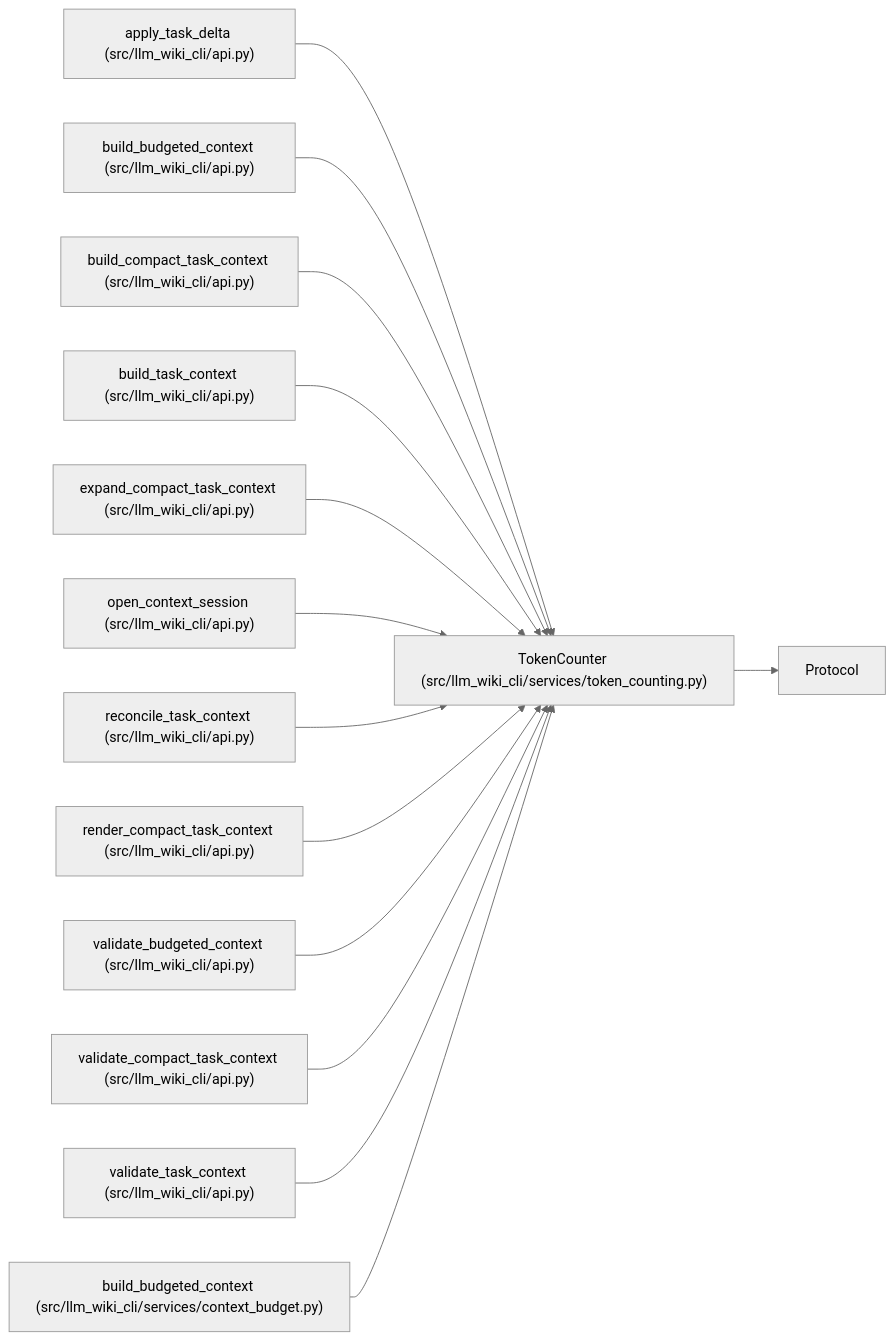
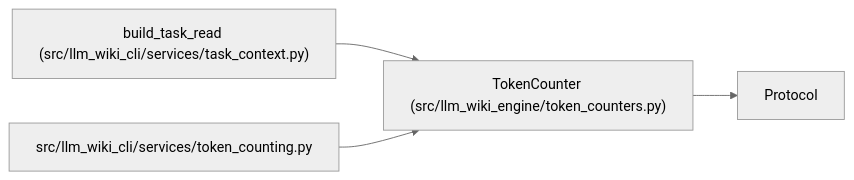
One commit to Denissvgn/python-wiki-llm changed the diagram in docs/llm_wiki/entities/TokenCounter.md. Above: the diagram before and after it, drawn with Mermaid (neutral theme). The commit also changed other lines of this file and 482 other files, not shown here.

Commit message:
docs: refresh the wiki for the engine token counters

````diff
--- a/docs/llm_wiki/entities/TokenCounter.md
+++ b/docs/llm_wiki/entities/TokenCounter.md
@@ -28,43 +28,13 @@
 ```mermaid
 flowchart LR
-    n0["TokenCounter (src/llm_wiki_cli/services/token_counting.py)"]
+    n0["TokenCounter (src/llm_wiki_engine/token_counters.py)"]
     n1["Protocol"]
-    n2["apply_task_delta (src/llm_wiki_cli/api.py)"]
-    n3["build_budgeted_context (src/llm_wiki_cli/api.py)"]
-    n4["build_compact_task_context (src/llm_wiki_cli/api.py)"]
-    n5["build_task_context (src/llm_wiki_cli/api.py)"]
-    n6["expand_compact_task_context (src/llm_wiki_cli/api.py)"]
-    n7["open_context_session (src/llm_wiki_cli/api.py)"]
-    n8["reconcile_task_context (src/llm_wiki_cli/api.py)"]
-    n9["render_compact_task_context (src/llm_wiki_cli/api.py)"]
-    n10["validate_budgeted_context (src/llm_wiki_cli/api.py)"]
-    n11["validate_compact_task_context (src/llm_wiki_cli/api.py)"]
-    n12["validate_task_context (src/llm_wiki_cli/api.py)"]
-    n13["build_budgeted_context (src/llm_wiki_cli/services/context_budget.py)"]
+    n2["build_task_read (src/llm_wiki_cli/services/task_context.py)"]
+    n3["src/llm_wiki_cli/services/token_counting.py"]
     n0 --> n1
     n2 --> n0
     n3 --> n0
-    n4 --> n0
-    n5 --> n0
-    n6 --> n0
-    n7 --> n0
-    n8 --> n0
-    n9 --> n0
-    n10 --> n0
-    n11 --> n0
-    n12 --> n0
-    n13 --> n0
-    click n0 "../modules/token_counting.md"
-    click n2 "../modules/api.md"
-    click n3 "../modules/api.md"
-    click n4 "../modules/api.md"
-    click n5 "../modules/api.md"
-    click n6 "../modules/api.md"
-    click n7 "../modules/api.md"
-    click n8 "../modules/api.md"
-    click n9 "../modules/api.md"
-    click n10 "../modules/api.md"
-    click n11 "../modules/api.md"
-    click n12 "../modules/api.md"
-    click n13 "../modules/context_budget.md"
+    click n0 "../modules/token_counters.md"
+    click n2 "../modules/task_context.md"
+    click n3 "../modules/token_counting.md"
 ```
````
